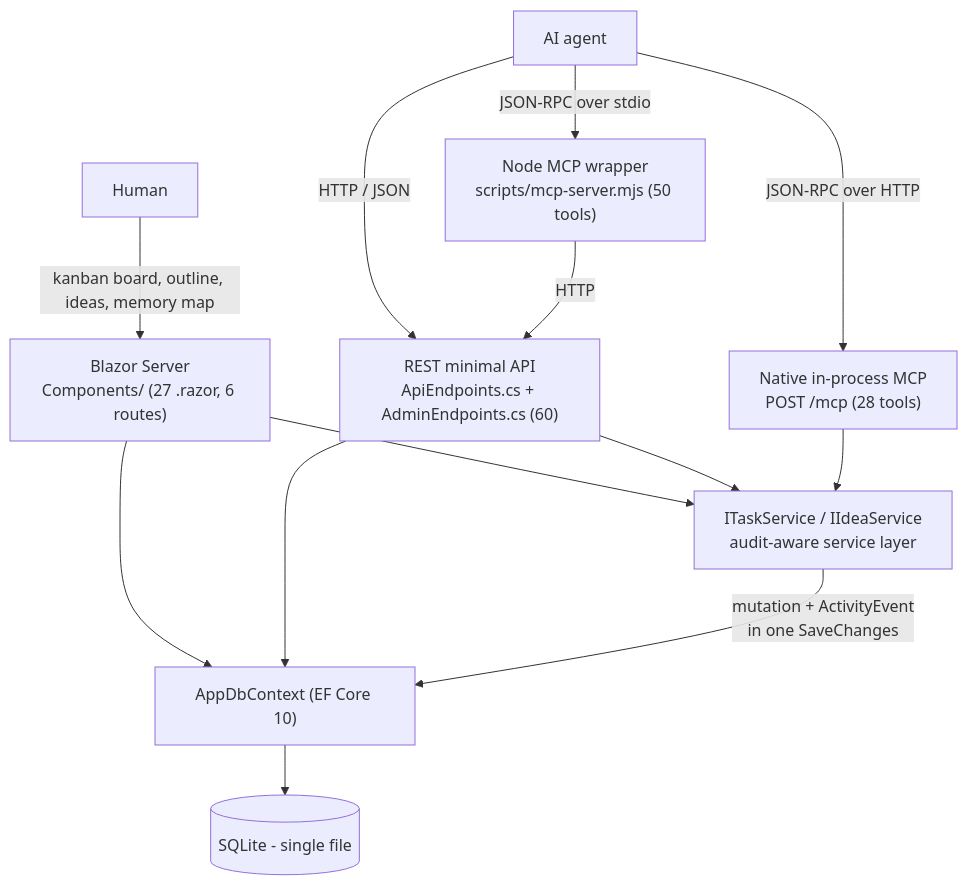
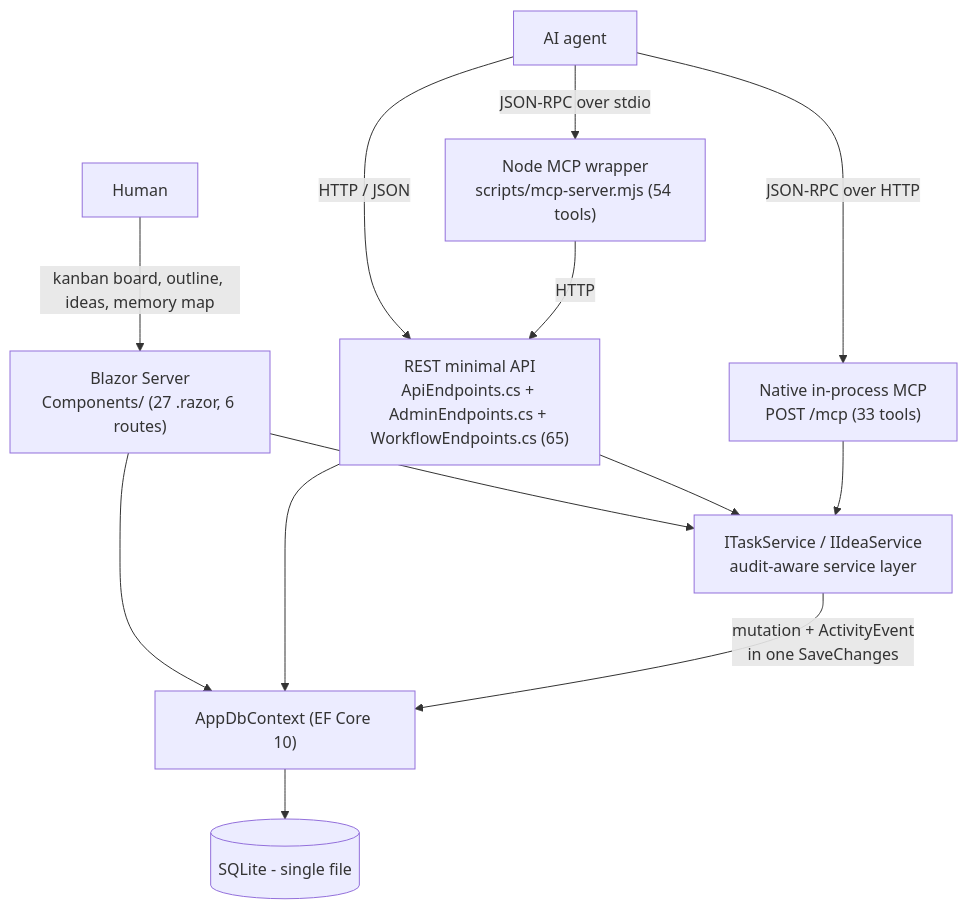
One commit to joelfuller2016/KanbanFlow-v2 changed the first of 3 diagrams in docs/ARCHITECTURE.md. Above: the diagram before and after it, drawn with Mermaid. The commit also changed other lines of this file and 63 other files, not shown here.

````diff
--- a/docs/ARCHITECTURE.md
+++ b/docs/ARCHITECTURE.md
@@ -35,17 +37,17 @@
 ```mermaid
 flowchart TD
     H["Human"] -->|"kanban board, outline, ideas, memory map"| UI["Blazor Server<br/>Components/ (27 .razor, 6 routes)"]
-    A["AI agent"] -->|"JSON-RPC over stdio"| NODE["Node MCP wrapper<br/>scripts/mcp-server.mjs (50 tools)"]
-    A -->|"JSON-RPC over HTTP"| NATIVE["Native in-process MCP<br/>POST /mcp (28 tools)"]
-    A -->|"HTTP / JSON"| REST["REST minimal API<br/>ApiEndpoints.cs + AdminEndpoints.cs (60)"]
+    A["AI agent"] -->|"JSON-RPC over stdio"| NODE["Node MCP wrapper<br/>scripts/mcp-server.mjs (54 tools)"]
+    A -->|"JSON-RPC over HTTP"| NATIVE["Native in-process MCP<br/>POST /mcp (33 tools)"]
+    A -->|"HTTP / JSON"| REST["REST minimal API<br/>ApiEndpoints.cs + AdminEndpoints.cs + WorkflowEndpoints.cs (65)"]
     NODE -->|"HTTP"| REST
 
     UI --> EF
     UI --> SVC
     REST --> EF
     REST --> SVC
     NATIVE --> SVC["ITaskService / IIdeaService<br/>audit-aware service layer"]
 
     SVC -->|"mutation + ActivityEvent<br/>in one SaveChanges"| EF["AppDbContext (EF Core 10)"]
     EF --> SQLITE[("SQLite - single file")]
 ```
````
